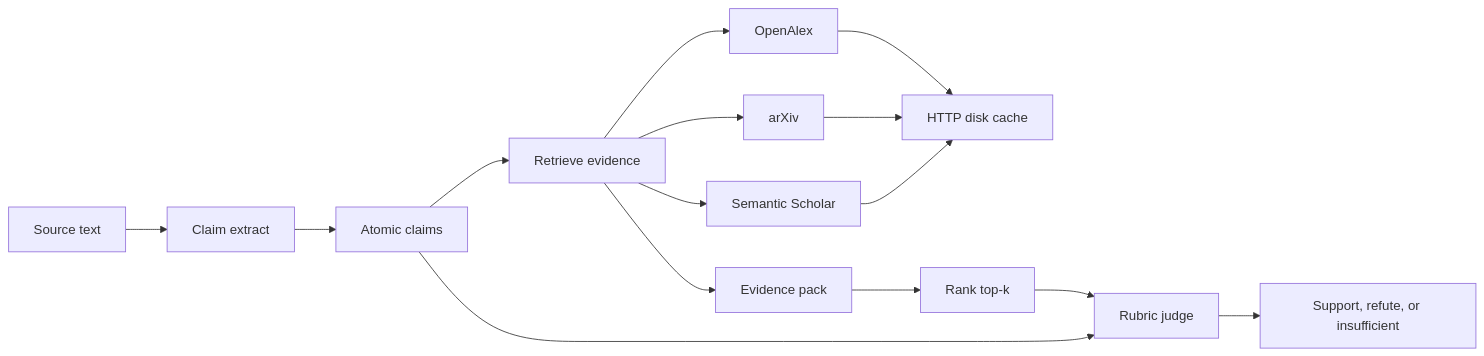
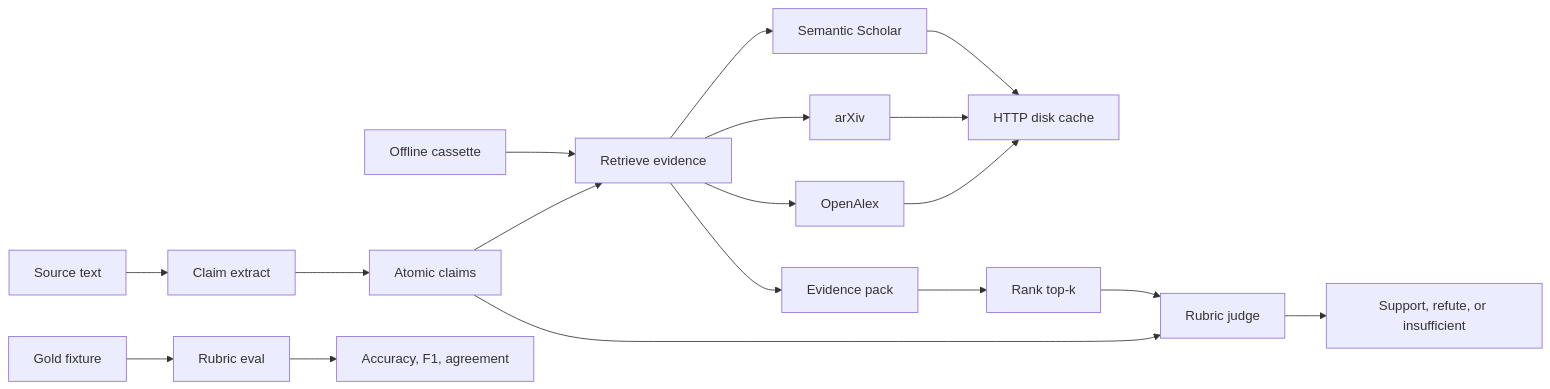
One commit to shehbaz0101/claimforge changed the diagram in README.md. Above: the diagram before and after it, drawn with Mermaid. The commit also changed other lines of this file and 14 other files, not shown here.

````diff
--- a/README.md
+++ b/README.md
@@ -41,17 +63,20 @@
 ```mermaid
 flowchart LR
   source[Source text] --> extract[Claim extract]
   extract --> claims[Atomic claims]
   claims --> retrieve[Retrieve evidence]
+  cassette[Offline cassette] --> retrieve
   retrieve --> openalex[OpenAlex]
   retrieve --> arxiv[arXiv]
   retrieve --> s2[Semantic Scholar]
   openalex --> cache[HTTP disk cache]
   arxiv --> cache
   s2 --> cache
   retrieve --> evidence[Evidence pack]
   evidence --> rank[Rank top-k]
   claims --> judge[Rubric judge]
   rank --> judge
   judge --> verdict[Support, refute, or insufficient]
+  gold[Gold fixture] --> evalNode[Rubric eval]
+  evalNode --> metrics[Accuracy, F1, agreement]
 ```
````
